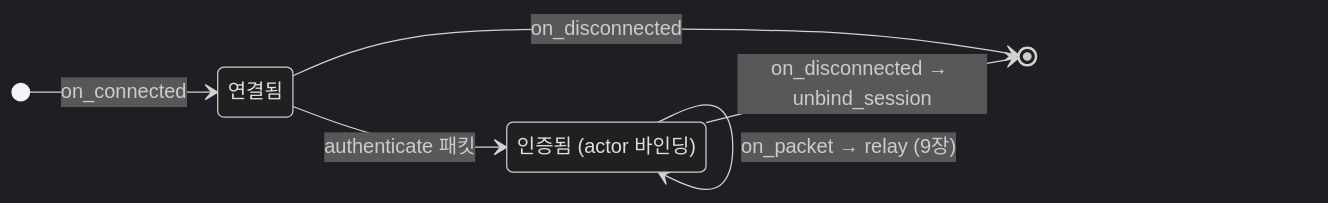
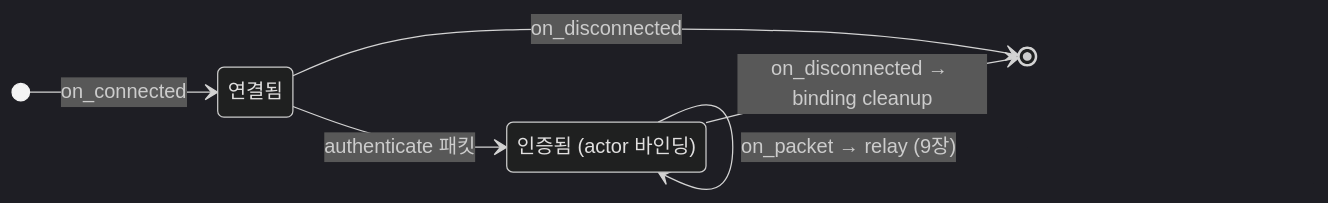
Before and after one commit to kairos-code-dev/zlink: the diagram in framework/doc/framework/cpp/guide/10-stream.ko.md, drawn with Mermaid (dark theme). The commit also changed other lines of this file and 93 other files, not shown here.

````diff
--- a/framework/doc/framework/cpp/guide/10-stream.ko.md
+++ b/framework/doc/framework/cpp/guide/10-stream.ko.md
@@ -69,11 +72,11 @@
 ```mermaid
 stateDiagram-v2
     direction LR
     state "연결됨" as connected
     state "인증됨 (actor 바인딩)" as authenticated
     [*] --> connected: on_connected
     connected --> authenticated: authenticate 패킷
     authenticated --> authenticated: on_packet → relay (9장)
     connected --> [*]: on_disconnected
-    authenticated --> [*]: on_disconnected → unbind_session
+    authenticated --> [*]: on_disconnected → binding cleanup
 ```
````
